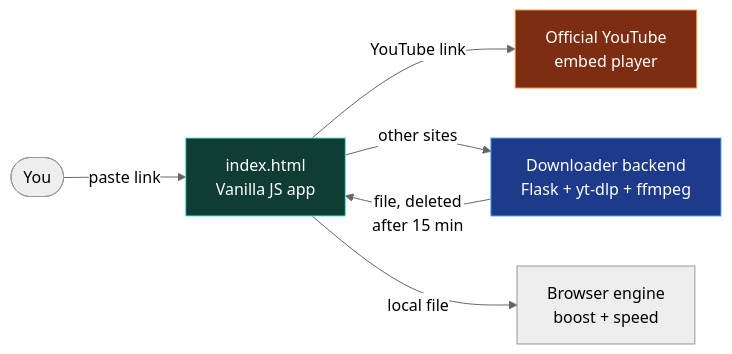
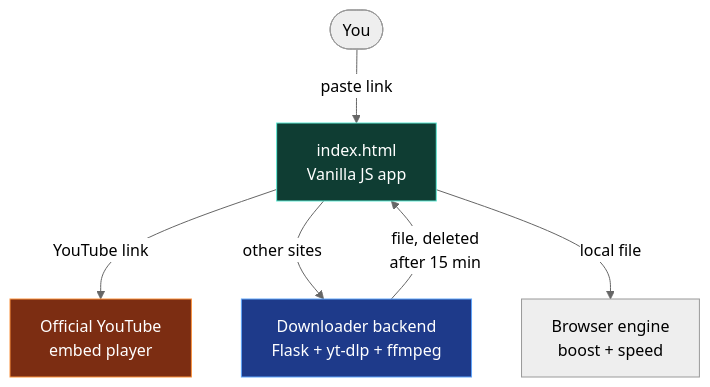
One commit to bhedanikhilkumar-code/video-player changed the first of 3 diagrams in README.md. Above: the diagram before and after it, drawn with Mermaid (neutral theme).

Commit message:
How-it-works diagram: vertical layout so it fits the README width
Updated flowchart syntax in README for clarity.

````diff
--- a/README.md
+++ b/README.md
@@ -62,14 +62,14 @@
 ```mermaid
-flowchart LR
+flowchart TD
     U([You]) -->|paste link| A[index.html<br/>Vanilla JS app]
     A -->|YouTube link| Y[Official YouTube<br/>embed player]
     A -->|other sites| B[Downloader backend<br/>Flask + yt-dlp + ffmpeg]
     A -->|local file| L[Browser engine<br/>boost + speed]
     B -->|file, deleted<br/>after 15 min| A
     classDef app fill:#0f3d33,stroke:#5eead4,color:#fff
     classDef ext fill:#7c2d12,stroke:#fb923c,color:#fff
     classDef be fill:#1e3a8a,stroke:#60a5fa,color:#fff
     class A app
     class Y ext
     class B be
 ```
````
